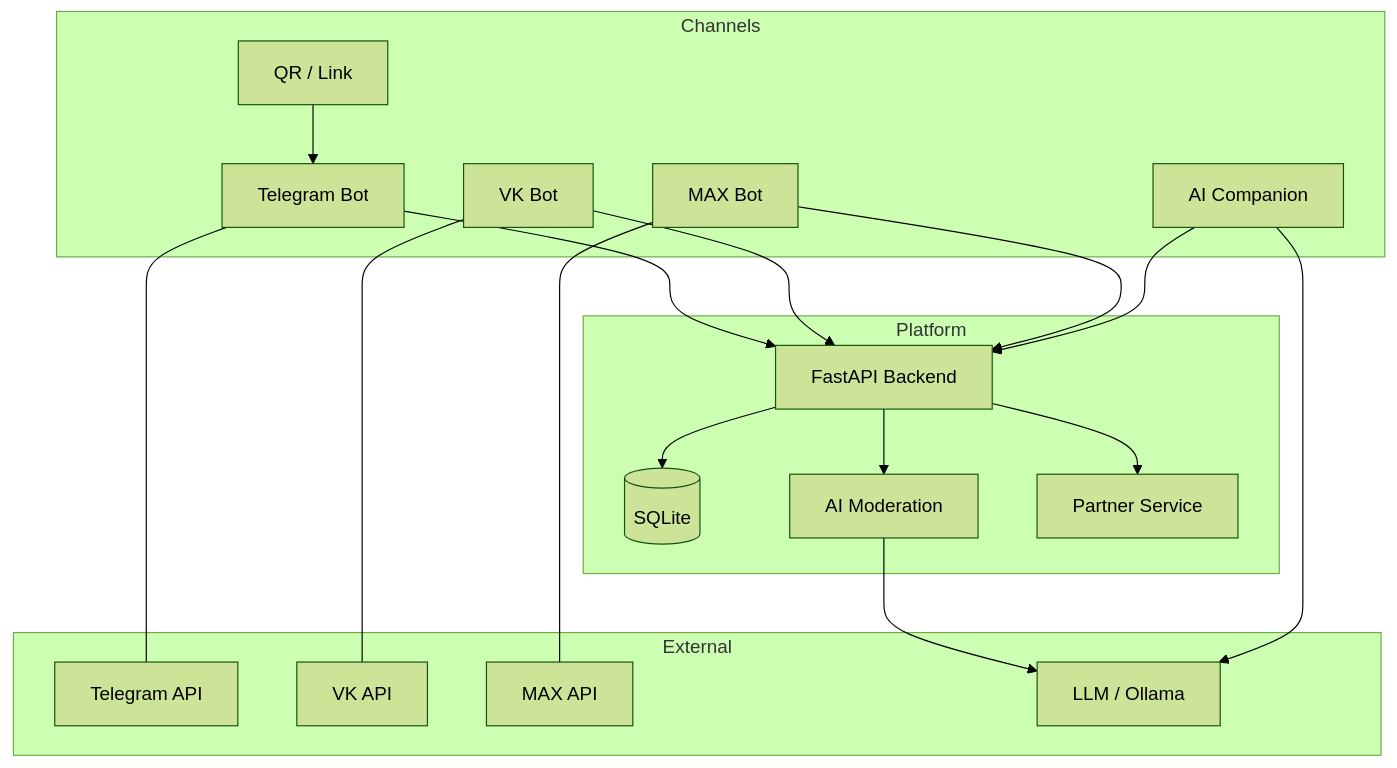
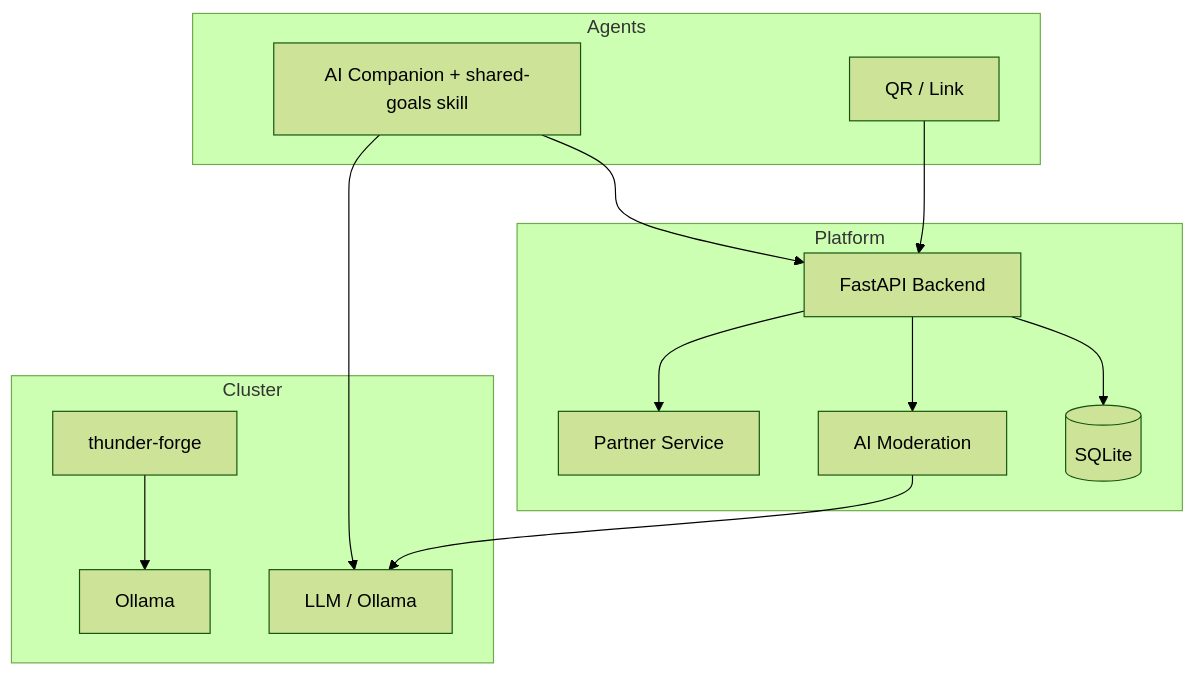
The second of 3 diagrams in README.md (shared-goals/prd), drawn with Mermaid (forest theme) before and after one commit. The commit also changed other lines of this file, not shown here.

First line of the commit message:
refactor: remove messenger/bot references, agent-first architecture (v1.24)

````diff
--- a/README.md
+++ b/README.md
@@ -185,38 +182,28 @@
 ```mermaid
 graph TB
-    subgraph Channels
-        TG[Telegram Bot]
-        VK[VK Bot]
-        MAX[MAX Bot]
+    subgraph Agents
+        AI[AI Companion + shared-goals skill]
         QR[QR / Link]
-        AI[AI Companion]
     end
 
     subgraph Platform
         API[FastAPI Backend]
         DB[(SQLite)]
         MOD[AI Moderation]
         PARTNER[Partner Service]
     end
 
-    subgraph External
-        TGAPI[Telegram API]
-        VKAPI[VK API]
-        MAXAPI[MAX API]
+    subgraph Cluster
         LLM[LLM / Ollama]
+        Thunder[thunder-forge]
+        Thunder --> Ollama
     end
 
-    TG --> API
-    VK --> API
-    MAX --> API
-    QR --> TG
     AI --> API
+    QR --> API
     API --> DB
     API --> MOD
     API --> PARTNER
     MOD --> LLM
-    TG --- TGAPI
-    VK --- VKAPI
-    MAX --- MAXAPI
     AI --> LLM
 ```
````
